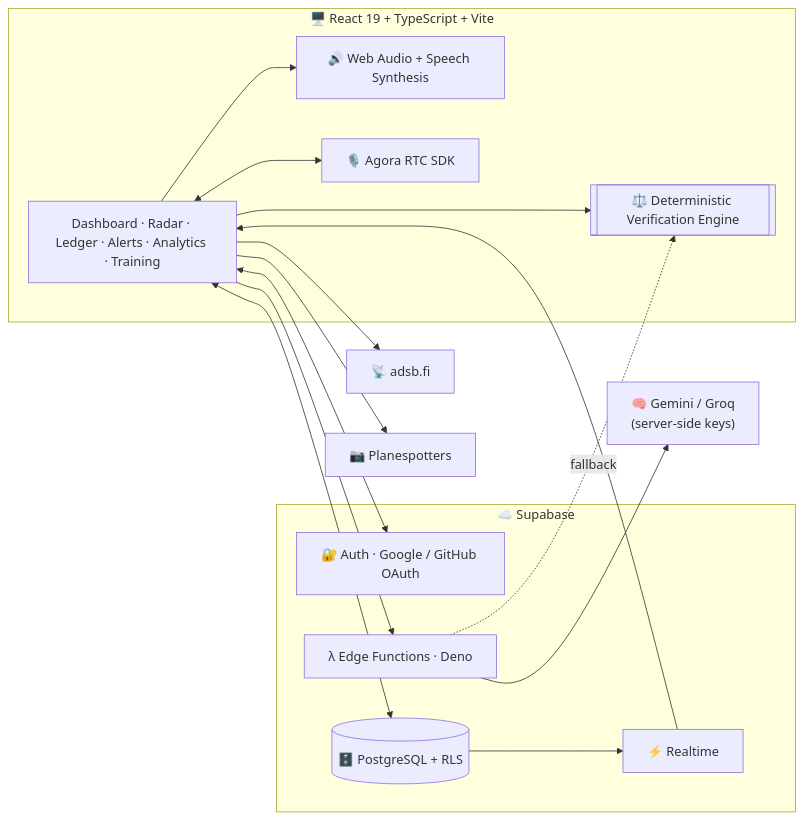
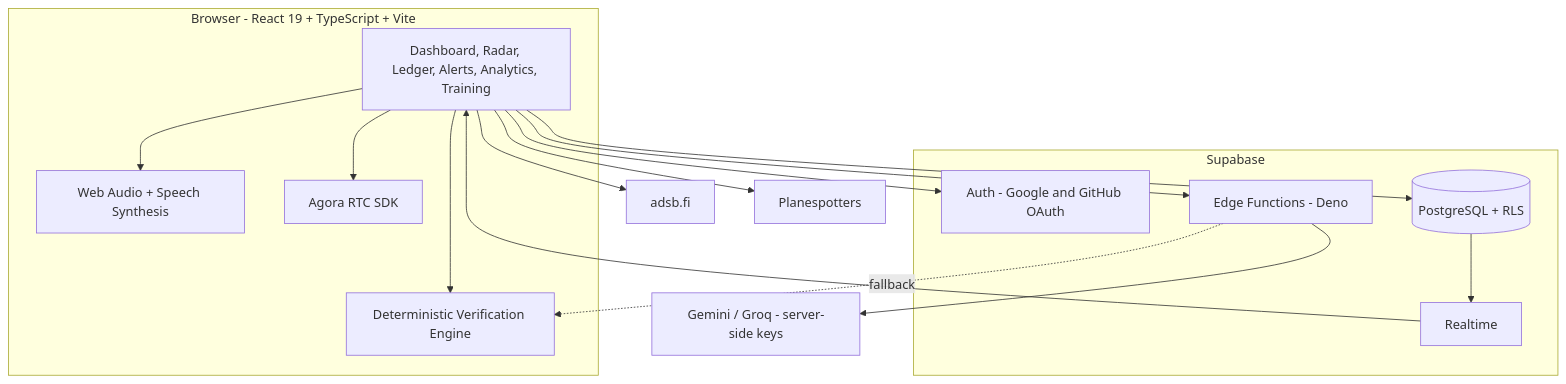
The second of 3 diagrams in README.md (chethankp365/SafeComm), drawn with Mermaid before and after one commit. The commit also changed other lines of this file, not shown here.

````diff
--- a/README.md
+++ b/README.md
@@ -178,31 +191,33 @@
 ```mermaid
-flowchart LR
-    subgraph Browser["🖥️ React 19 + TypeScript + Vite"]
-        UI[Dashboard · Radar · Ledger · Alerts · Analytics · Training]
-        RULES[[⚖️ Deterministic Verification Engine]]
-        AUDIO[🔊 Web Audio + Speech Synthesis]
-        RTC[🎙️ Agora RTC SDK]
+flowchart TB
+    subgraph Browser["Browser - React 19 + TypeScript + Vite"]
+        UI["Dashboard, Radar, Ledger, Alerts, Analytics, Training"]
+        RULES["Deterministic Verification Engine"]
+        AUDIO["Web Audio + Speech Synthesis"]
+        RTC["Agora RTC SDK"]
     end
 
-    subgraph Supabase["☁️ Supabase"]
-        AUTH[🔐 Auth · Google / GitHub OAuth]
-        PG[(🗄️ PostgreSQL + RLS)]
-        RT[⚡ Realtime]
-        EDGE[λ Edge Functions · Deno]
+    subgraph Supabase["Supabase"]
+        AUTH["Auth - Google and GitHub OAuth"]
+        PG[("PostgreSQL + RLS")]
+        RT["Realtime"]
+        EDGE["Edge Functions - Deno"]
     end
 
-    LLM["🧠 Gemini / Groq<br/>(server-side keys)"]
-    ADSB["📡 adsb.fi"]
-    PHOTO["📷 Planespotters"]
+    LLM["Gemini / Groq - server-side keys"]
+    ADSB["adsb.fi"]
+    PHOTO["Planespotters"]
 
-    UI <--> AUTH
-    UI <--> PG
-    PG --> RT --> UI
-    UI --> EDGE --> LLM
-    EDGE -. fallback .-> RULES
+    UI --> AUTH
+    UI --> PG
+    PG --> RT
+    RT --> UI
+    UI --> EDGE
+    EDGE --> LLM
+    EDGE -.->|fallback| RULES
     UI --> RULES
-    UI <--> RTC
+    UI --> RTC
     UI --> AUDIO
     UI --> ADSB
     UI --> PHOTO
 ```
````
